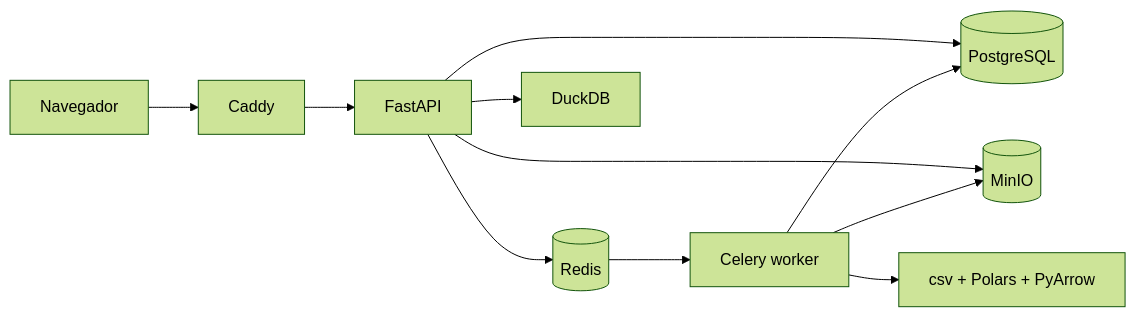
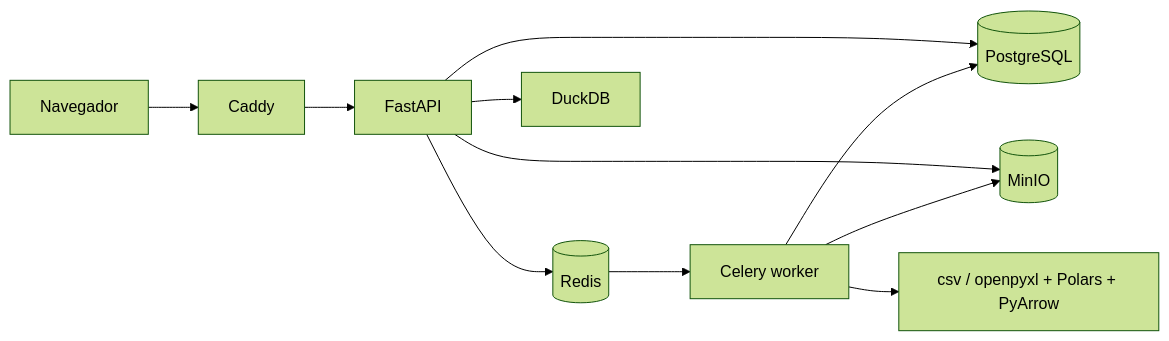
Before and after one commit to UyankDouglas/DATAFLOW-ANALYTICS: the diagram in README.md, drawn with Mermaid (forest theme). The commit also changed other lines of this file and 96 other files, not shown here.

````diff
--- a/README.md
+++ b/README.md
@@ -49,11 +62,11 @@
 ```mermaid
 flowchart LR
     B[Navegador] --> C[Caddy] --> A[FastAPI]
     A --> P[(PostgreSQL)]
     A --> R[(Redis)]
     A --> M[(MinIO)]
     A --> D[DuckDB]
     R --> W[Celery worker] --> P
     W --> M
-    W --> PL[csv + Polars + PyArrow]
+    W --> PL[csv / openpyxl + Polars + PyArrow]
 ```
````
